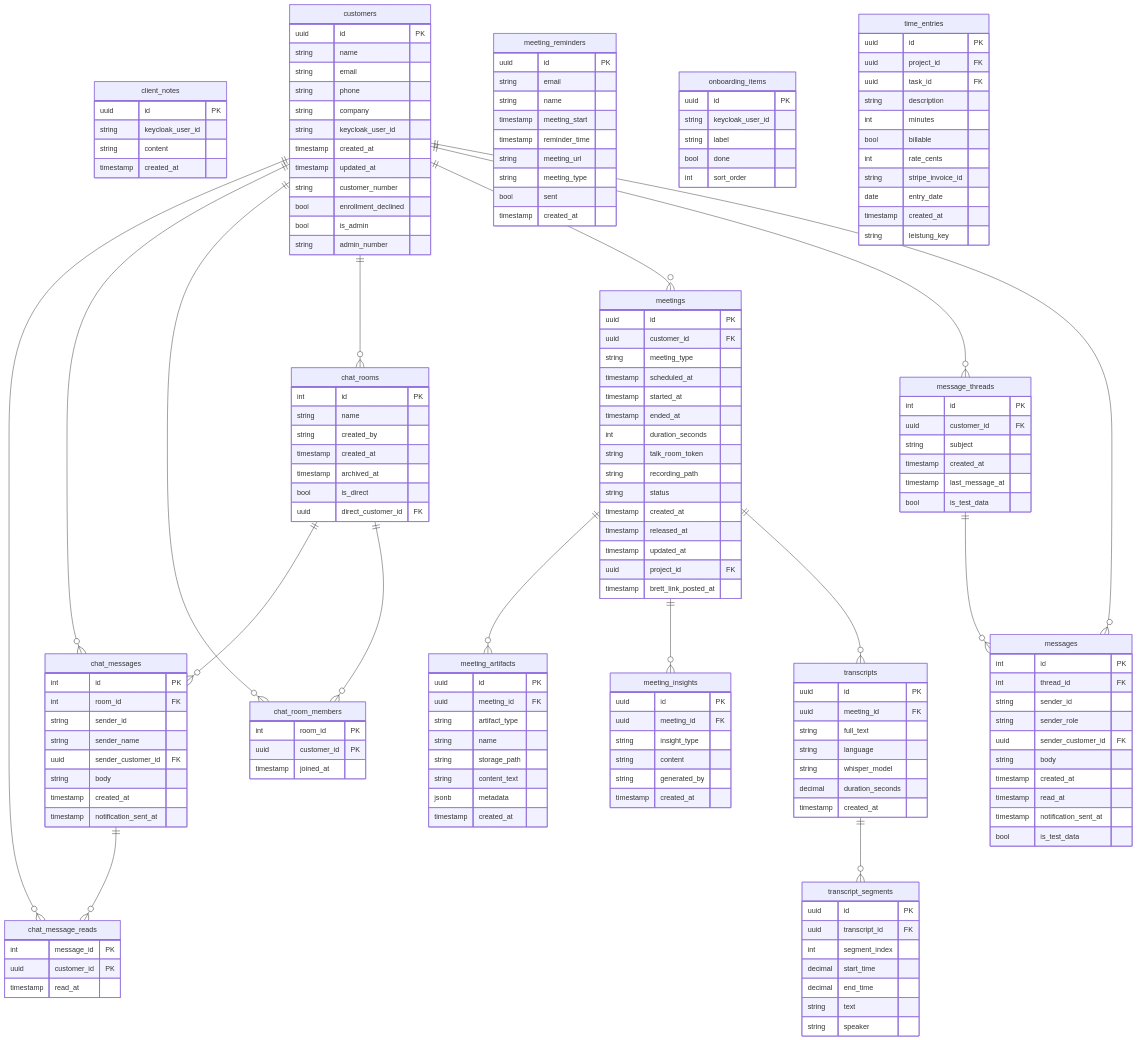
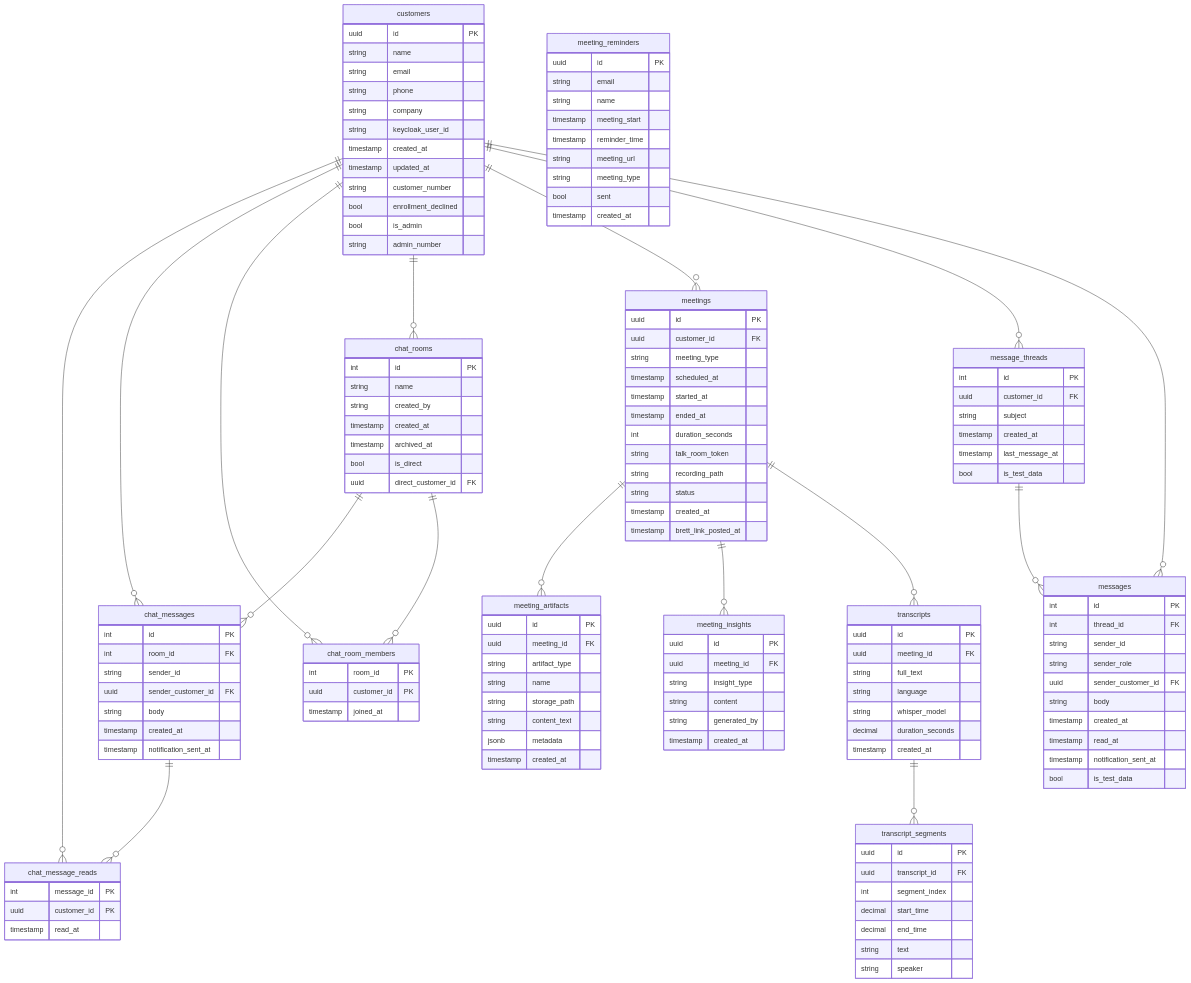
Before and after one commit to Paddione/Bachelorprojekt: the first of 8 diagrams in docs/db-schema-diagram.md, drawn with Mermaid. The commit also changed other lines of this file and 2 other files, not shown here.

```diff
--- a/docs/db-schema-diagram.md
+++ b/docs/db-schema-diagram.md
@@ -28,7 +28,6 @@
     int id PK
     int room_id FK
     string sender_id
-    string sender_name
     uuid sender_customer_id FK
     string body
     timestamp created_at
@@ -47,12 +46,6 @@
     timestamp archived_at
     bool is_direct
     uuid direct_customer_id FK
-  }
-  client_notes {
-    uuid id PK
-    string keycloak_user_id
-    string content
-    timestamp created_at
   }
   customers {
     uuid id PK
@@ -109,9 +102,6 @@
     string recording_path
     string status
     timestamp created_at
-    timestamp released_at
-    timestamp updated_at
-    uuid project_id FK
     timestamp brett_link_posted_at
   }
   message_threads {
@@ -133,26 +123,6 @@
     timestamp read_at
     timestamp notification_sent_at
     bool is_test_data
-  }
-  onboarding_items {
-    uuid id PK
-    string keycloak_user_id
-    string label
-    bool done
-    int sort_order
-  }
-  time_entries {
-    uuid id PK
-    uuid project_id FK
-    uuid task_id FK
-    string description
-    int minutes
-    bool billable
-    int rate_cents
-    string stripe_invoice_id
-    date entry_date
-    timestamp created_at
-    string leistung_key
   }
   transcript_segments {
     uuid id PK
```
